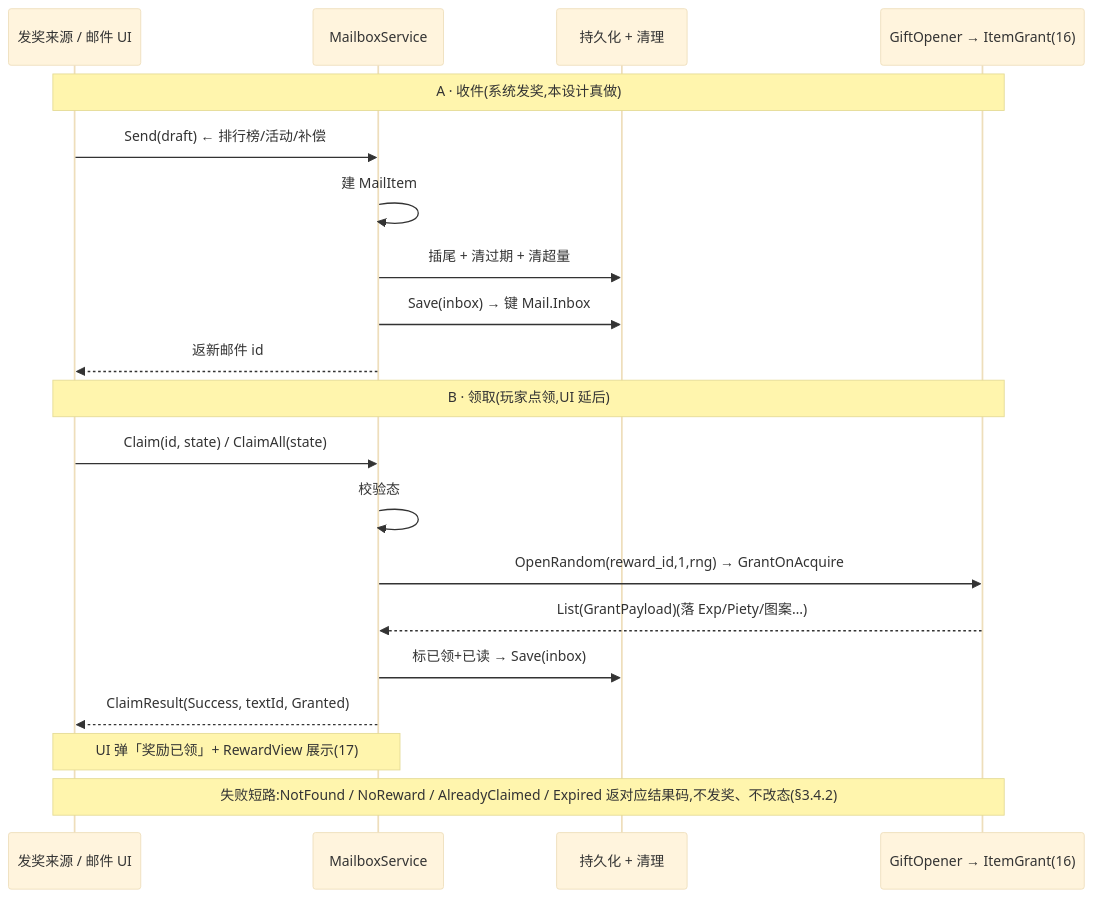
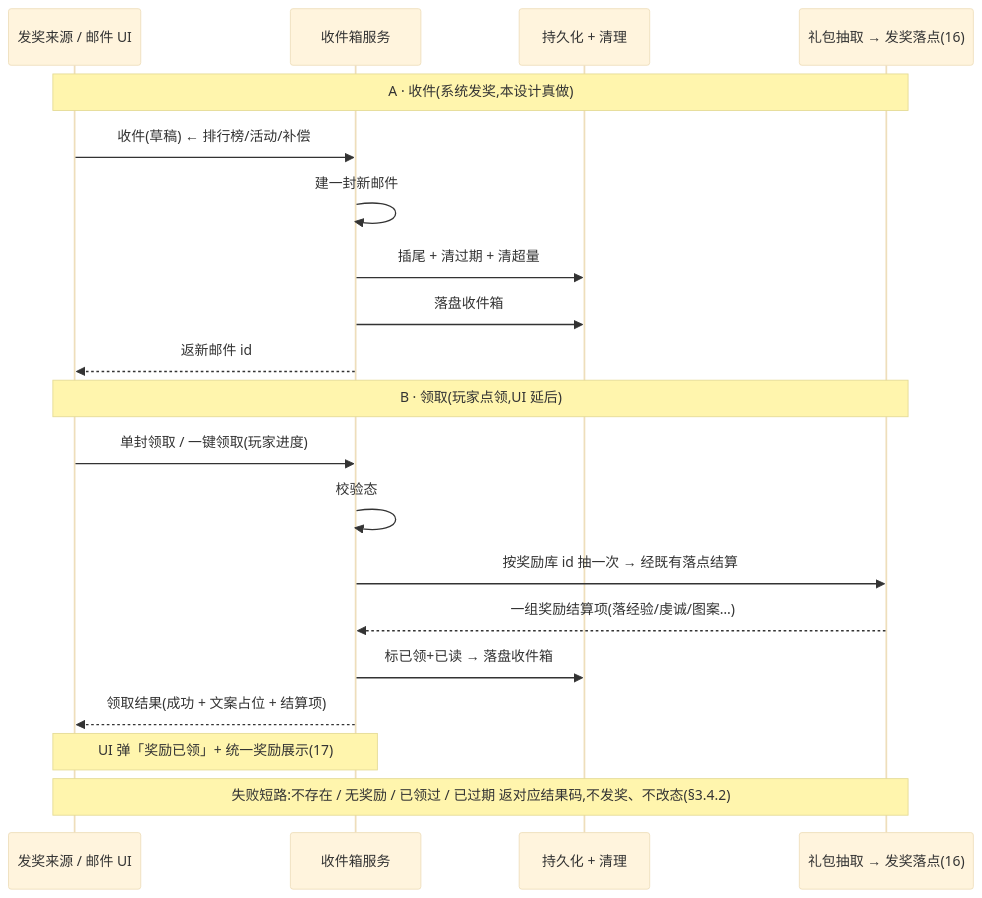
One commit to zhoupeng921101/TEngine_zp changed the second of 2 diagrams in UnityProject/design-docs/21-mail-system.md. Above: the diagram before and after it, drawn with Mermaid (base theme). The commit also changed other lines of this file and 20 other files, not shown here.

````diff
--- a/UnityProject/design-docs/21-mail-system.md
+++ b/UnityProject/design-docs/21-mail-system.md
@@ -482,22 +285,22 @@
 ```mermaid
 sequenceDiagram
     participant U as 发奖来源 / 邮件 UI
-    participant S as MailboxService
+    participant S as 收件箱服务
     participant P as 持久化 + 清理
-    participant G as GiftOpener → ItemGrant(16)
+    participant G as 礼包抽取 → 发奖落点(16)
     Note over U,G: A · 收件(系统发奖,本设计真做)
-    U->>S: Send(draft) ← 排行榜/活动/补偿
-    S->>S: 建 MailItem
+    U->>S: 收件(草稿) ← 排行榜/活动/补偿
+    S->>S: 建一封新邮件
     S->>P: 插尾 + 清过期 + 清超量
-    S->>P: Save(inbox) → 键 Mail.Inbox
+    S->>P: 落盘收件箱
     S-->>U: 返新邮件 id
     Note over U,G: B · 领取(玩家点领,UI 延后)
-    U->>S: Claim(id, state) / ClaimAll(state)
+    U->>S: 单封领取 / 一键领取(玩家进度)
     S->>S: 校验态
-    S->>G: OpenRandom(reward_id,1,rng) → GrantOnAcquire
-    G-->>S: List(GrantPayload)(落 Exp/Piety/图案…)
-    S->>P: 标已领+已读 → Save(inbox)
-    S-->>U: ClaimResult(Success, textId, Granted)
-    Note over U,S: UI 弹「奖励已领」+ RewardView 展示(17)
-    Note over U,G: 失败短路:NotFound / NoReward / AlreadyClaimed / Expired 返对应结果码,不发奖、不改态(§3.4.2)
+    S->>G: 按奖励库 id 抽一次 → 经既有落点结算
+    G-->>S: 一组奖励结算项(落经验/虔诚/图案…)
+    S->>P: 标已领+已读 → 落盘收件箱
+    S-->>U: 领取结果(成功 + 文案占位 + 结算项)
+    Note over U,S: UI 弹「奖励已领」+ 统一奖励展示(17)
+    Note over U,G: 失败短路:不存在 / 无奖励 / 已领过 / 已过期 返对应结果码,不发奖、不改态(§3.4.2)
 ```
````
